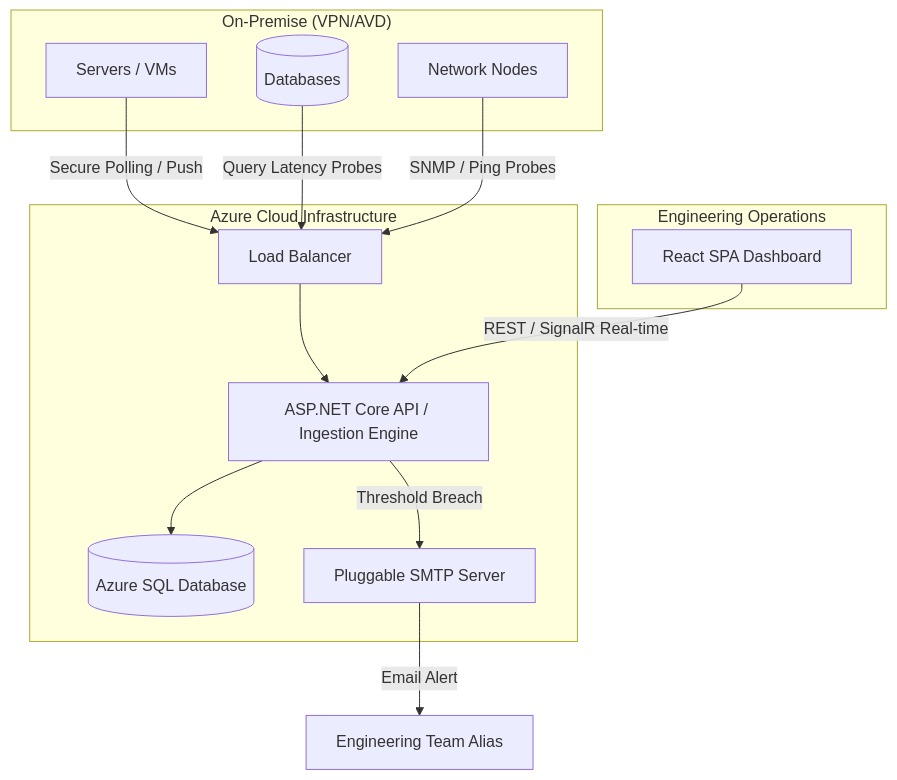
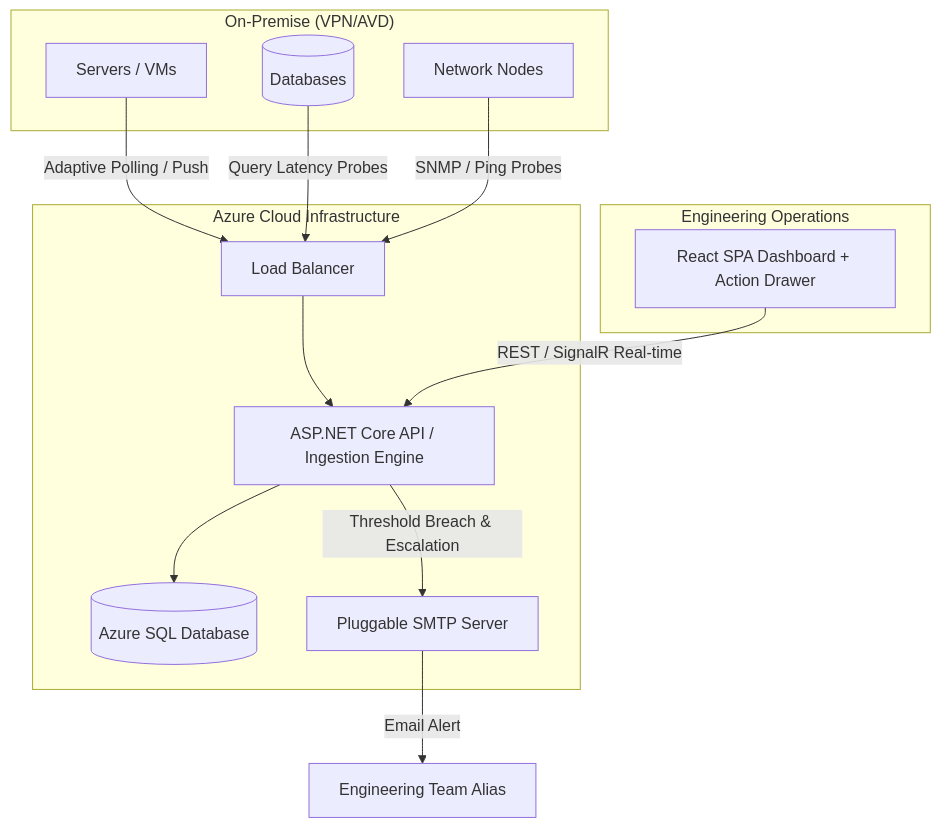
The diagram in _bmad-output/planning-artifacts/architecture/ARCHITECTURE-SPINE.md (devpravin13/Sentry_Ops), drawn with Mermaid before and after one commit. The commit also changed other lines of this file and 4 other files, not shown here.

````diff
--- a/_bmad-output/planning-artifacts/architecture/ARCHITECTURE-SPINE.md
+++ b/_bmad-output/planning-artifacts/architecture/ARCHITECTURE-SPINE.md
@@ -31,30 +36,30 @@
 ```mermaid
 graph TD
     subgraph OnPrem ["On-Premise (VPN/AVD)"]
         OP_Server[Servers / VMs]
         OP_DB[(Databases)]
         OP_Net[Network Nodes]
     end
 
     subgraph AzureCloud ["Azure Cloud Infrastructure"]
         LB[Load Balancer]
         API[ASP.NET Core API / Ingestion Engine]
         DB[(Azure SQL Database)]
         SMTP[Pluggable SMTP Server]
     end
 
     subgraph Client ["Engineering Operations"]
-        SPA[React SPA Dashboard]
+        SPA[React SPA Dashboard + Action Drawer]
     end
 
-    OP_Server -->|Secure Polling / Push| LB
+    OP_Server -->|Adaptive Polling / Push| LB
     OP_DB -->|Query Latency Probes| LB
     OP_Net -->|SNMP / Ping Probes| LB
     
     LB --> API
     API --> DB
-    API -->|Threshold Breach| SMTP
+    API -->|Threshold Breach & Escalation| SMTP
     SMTP -->|Email Alert| Eng[Engineering Team Alias]
 
     SPA -->|REST / SignalR Real-time| API
 ```
````
